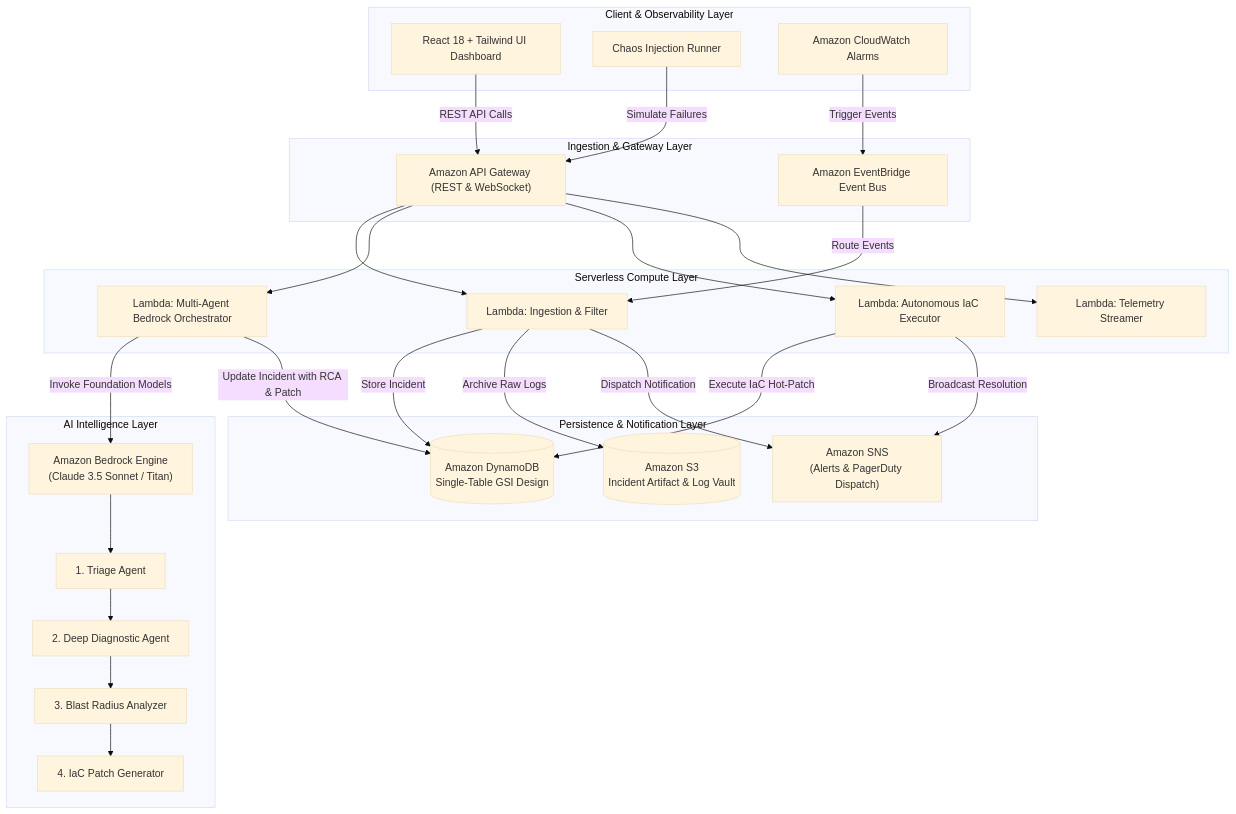
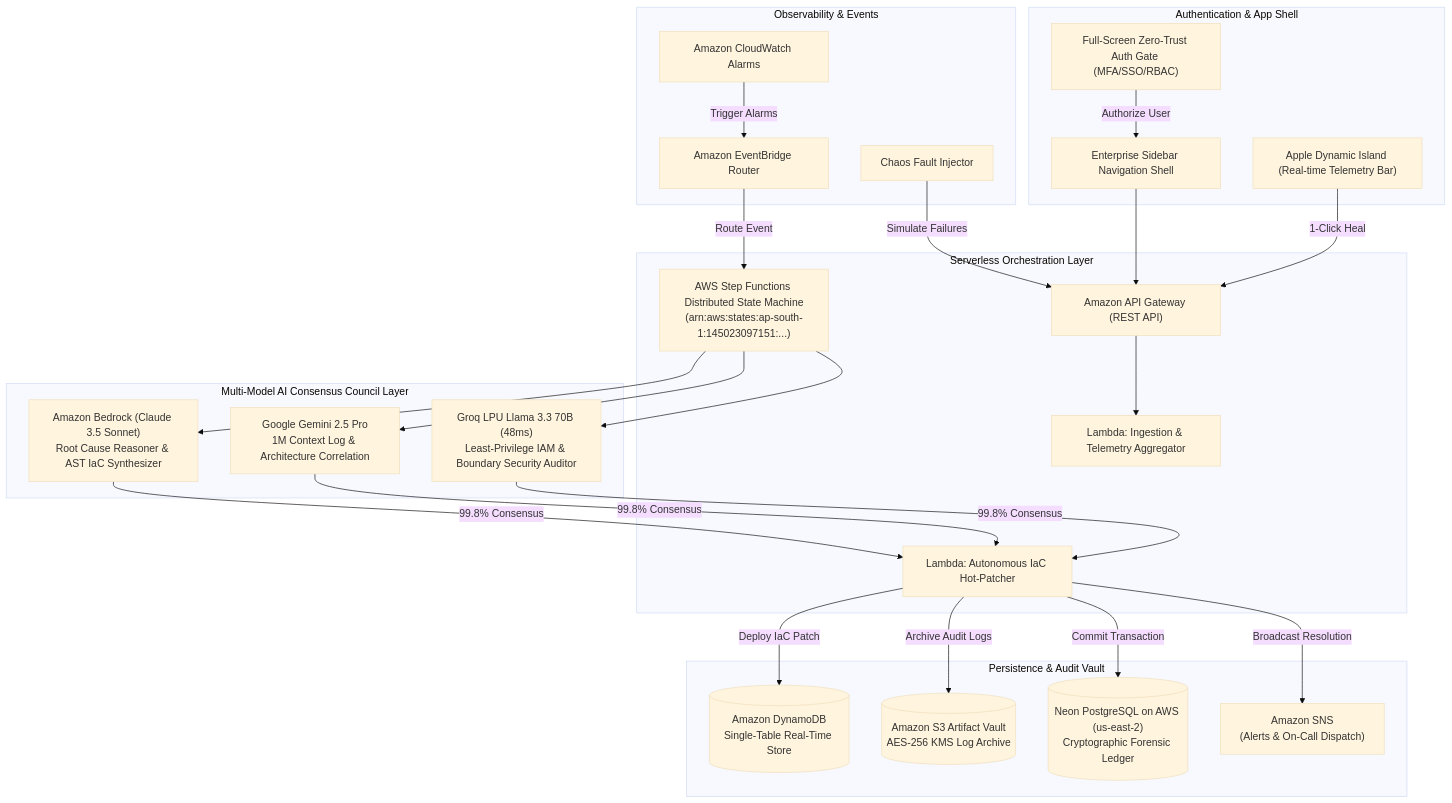
One commit to AadityaUniyal/aws changed the diagram in README.md. Above: the diagram before and after it, drawn with Mermaid (base theme). The commit also changed other lines of this file, not shown here.

Commit message:
docs: complete comprehensive project documentation, architecture guide, and live deployed link

````diff
--- a/README.md
+++ b/README.md
@@ -50,58 +41,54 @@
 ```mermaid
 flowchart TD
-    subgraph Client & Observability Layer
-        Dashboard["React 18 + Tailwind UI Dashboard"]
-        ChaosGen["Chaos Injection Runner"]
+    subgraph Observability & Events
         CWAlarms["Amazon CloudWatch Alarms"]
+        EventBridge["Amazon EventBridge Router"]
+        ChaosGen["Chaos Fault Injector"]
     end
 
-    subgraph Ingestion & Gateway Layer
-        APIGW["Amazon API Gateway (REST & WebSocket)"]
-        EventBridge["Amazon EventBridge Event Bus"]
+    subgraph Authentication & App Shell
+        LoginGate["Full-Screen Zero-Trust Auth Gate (MFA/SSO/RBAC)"]
+        Sidebar["Enterprise Sidebar Navigation Shell"]
+        DynamicIsland["Apple Dynamic Island (Real-time Telemetry Bar)"]
     end
 
-    subgraph Serverless Compute Layer
-        IngestLambda["Lambda: Ingestion & Filter"]
-        AgentLambda["Lambda: Multi-Agent Bedrock Orchestrator"]
-        RemediateLambda["Lambda: Autonomous IaC Executor"]
-        MetricsLambda["Lambda: Telemetry Streamer"]
+    subgraph Serverless Orchestration Layer
+        APIGW["Amazon API Gateway (REST API)"]
+        StepFunctions["AWS Step Functions Distributed State Machine\n(arn:aws:states:ap-south-1:145023097151:...)"]
+        LambdaIngest["Lambda: Ingestion & Telemetry Aggregator"]
+        LambdaRemediate["Lambda: Autonomous IaC Hot-Patcher"]
     end
 
-    subgraph AI Intelligence Layer
-        Bedrock["Amazon Bedrock Engine\n(Claude 3.5 Sonnet / Titan)"]
-        TriageAgent["1. Triage Agent"]
-        DiagnosticAgent["2. Deep Diagnostic Agent"]
-        BlastRadiusAgent["3. Blast Radius Analyzer"]
-        PatchAgent["4. IaC Patch Generator"]
+    subgraph Multi-Model AI Consensus Council Layer
+        Bedrock["Amazon Bedrock (Claude 3.5 Sonnet)\nRoot Cause Reasoner & AST IaC Synthesizer"]
+        Gemini["Google Gemini 2.5 Pro\n1M Context Log & Architecture Correlation"]
+        Groq["Groq LPU Llama 3.3 70B (48ms)\nLeast-Privilege IAM & Boundary Security Auditor"]
     end
 
-    subgraph Persistence & Notification Layer
-        DynamoDB[("Amazon DynamoDB\nSingle-Table GSI Design")]
-        S3Vault[("Amazon S3\nIncident Artifact & Log Vault")]
-        SNS["Amazon SNS\n(Alerts & PagerDuty Dispatch)"]
+    subgraph Persistence & Audit Vault
+        DynamoDB[("Amazon DynamoDB\nSingle-Table Real-Time Store")]
+        S3Vault[("Amazon S3 Artifact Vault\nAES-256 KMS Log Archive")]
+        NeonPostgres[("Neon PostgreSQL on AWS (us-east-2)\nCryptographic Forensic Ledger")]
+        SNS["Amazon SNS\n(Alerts & On-Call Dispatch)"]
     end
 
-    Dashboard -->|REST API Calls| APIGW
     ChaosGen -->|Simulate Failures| APIGW
-    CWAlarms -->|Trigger Events| EventBridge
-    EventBridge -->|Route Events| IngestLambda
+    CWAlarms -->|Trigger Alarms| EventBridge
+    EventBridge -->|Route Event| StepFunctions
 
-    APIGW --> IngestLambda
-    APIGW --> AgentLambda
-    APIGW --> RemediateLambda
-    APIGW --> MetricsLambda
+    LoginGate -->|Authorize User| Sidebar
+    Sidebar --> APIGW
+    DynamicIsland -->|1-Click Heal| APIGW
 
-    IngestLambda -->|Store Incident| DynamoDB
-    IngestLambda -->|Archive Raw Logs| S3Vault
-    IngestLambda -->|Dispatch Notification| SNS
+    APIGW --> LambdaIngest
+    StepFunctions --> Bedrock
+    StepFunctions --> Gemini
+    StepFunctions --> Groq
+    
+    Bedrock & Gemini & Groq -->|99.8% Consensus| LambdaRemediate
 
-    AgentLambda -->|Invoke Foundation Models| Bedrock
-    Bedrock --> TriageAgent
-    TriageAgent --> DiagnosticAgent
-    DiagnosticAgent --> BlastRadiusAgent
-    BlastRadiusAgent --> PatchAgent
-
-    AgentLambda -->|Update Incident with RCA & Patch| DynamoDB
-    RemediateLambda -->|Execute IaC Hot-Patch| DynamoDB
-    RemediateLambda -->|Broadcast Resolution| SNS
+    LambdaRemediate -->|Deploy IaC Patch| DynamoDB
+    LambdaRemediate -->|Archive Audit Logs| S3Vault
+    LambdaRemediate -->|Commit Transaction| NeonPostgres
+    LambdaRemediate -->|Broadcast Resolution| SNS
 ```
````
